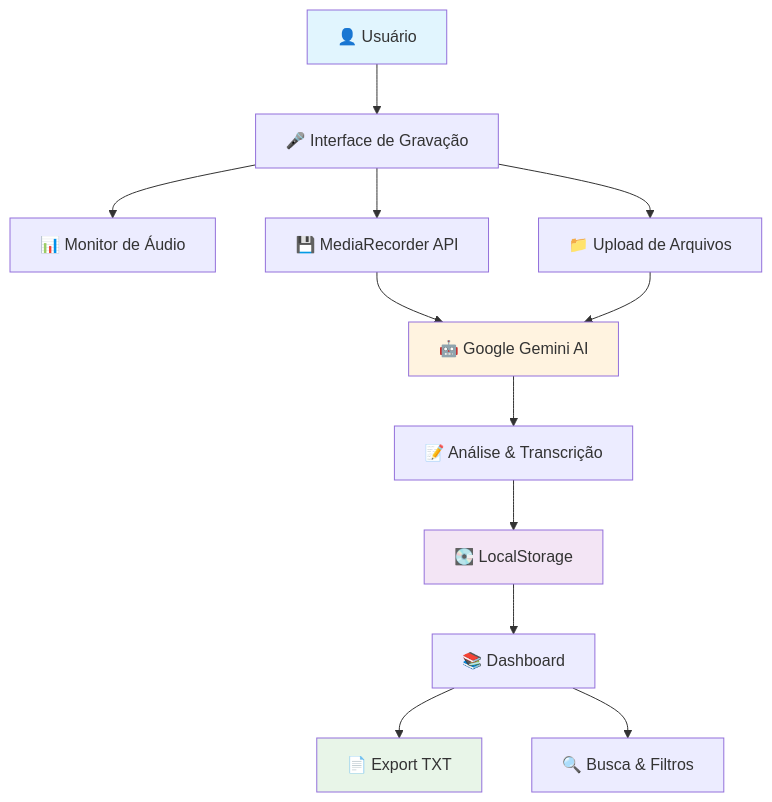
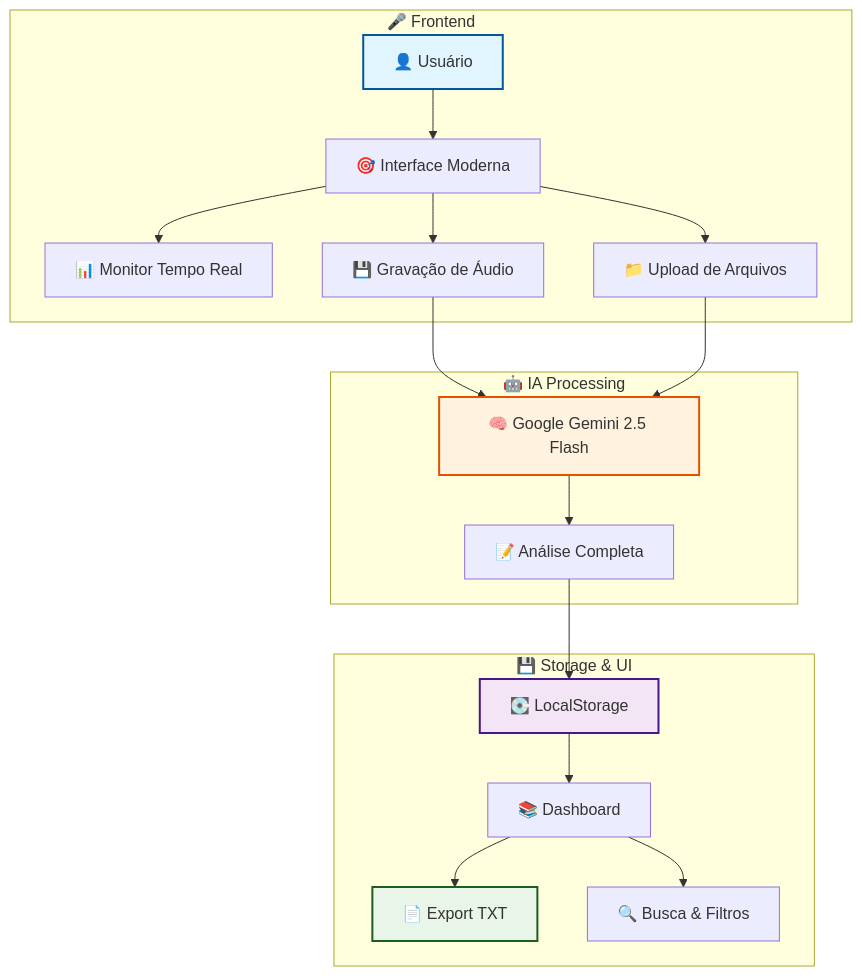
One commit to HigorGabs/listen-meet changed the first of 2 diagrams in README.md. Above: the diagram before and after it, drawn with Mermaid. The commit also changed other lines of this file, not shown here.

````diff
--- a/README.md
+++ b/README.md
@@ -56,20 +98,27 @@
 ```mermaid
-graph TD
-    A[👤 Usuário] --> B[🎤 Interface de Gravação]
-    B --> C[📊 Monitor de Áudio]
-    B --> D[💾 MediaRecorder API]
-    B --> E[📁 Upload de Arquivos]
+graph TB
+    subgraph "🎤 Frontend"
+        A[👤 Usuário] --> B[🎯 Interface Moderna]
+        B --> C[📊 Monitor Tempo Real]
+        B --> D[💾 Gravação de Áudio]
+        B --> E[📁 Upload de Arquivos]
+    end
     
-    D --> F[🤖 Google Gemini AI]
-    E --> F
-    F --> G[📝 Análise & Transcrição]
-    G --> H[💽 LocalStorage]
-    H --> I[📚 Dashboard]
-    I --> J[📄 Export TXT]
-    I --> K[🔍 Busca & Filtros]
+    subgraph "🤖 IA Processing"
+        D --> F[🧠 Google Gemini 2.5 Flash]
+        E --> F
+        F --> G[📝 Análise Completa]
+    end
     
-    style A fill:#e1f5fe
-    style F fill:#fff3e0
-    style H fill:#f3e5f5
-    style J fill:#e8f5e8
+    subgraph "💾 Storage & UI"
+        G --> H[💽 LocalStorage]
+        H --> I[📚 Dashboard]
+        I --> J[📄 Export TXT]
+        I --> K[🔍 Busca & Filtros]
+    end
+    
+    style A fill:#e1f5fe,stroke:#01579b,stroke-width:2px
+    style F fill:#fff3e0,stroke:#e65100,stroke-width:2px
+    style H fill:#f3e5f5,stroke:#4a148c,stroke-width:2px
+    style J fill:#e8f5e8,stroke:#1b5e20,stroke-width:2px
 ```
````
